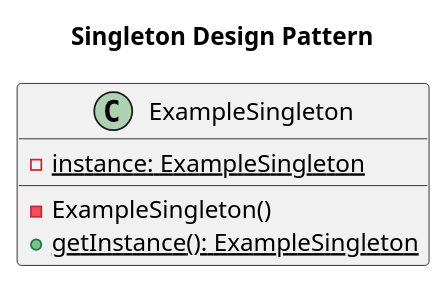
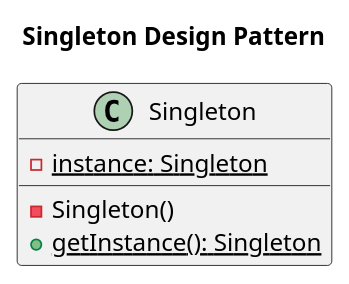
Before and after one commit to kfpgk/design-patterns: the diagram in doc/Creational/singleton.puml, drawn with PlantUML. The commit also changed 23 other files, not shown here.

```diff
--- a/doc/Creational/singleton.puml
+++ b/doc/Creational/singleton.puml
@@ -1,11 +1,11 @@
 @startuml singleton
 
 title Singleton Design Pattern
 
-class ExampleSingleton { 
-  - {static} instance: ExampleSingleton
-  - ExampleSingleton()
-  + {static} getInstance(): ExampleSingleton 
+class Singleton { 
+  - {static} instance: Singleton
+  - Singleton()
+  + {static} getInstance(): Singleton 
 }
 
 @enduml
```
